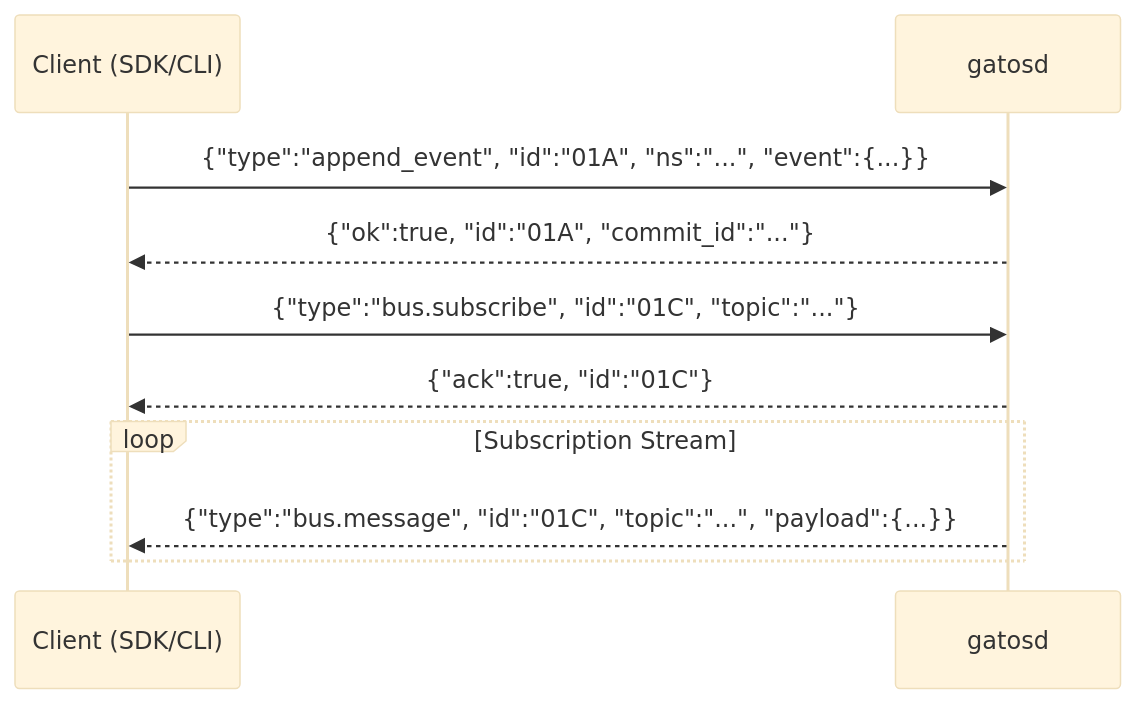
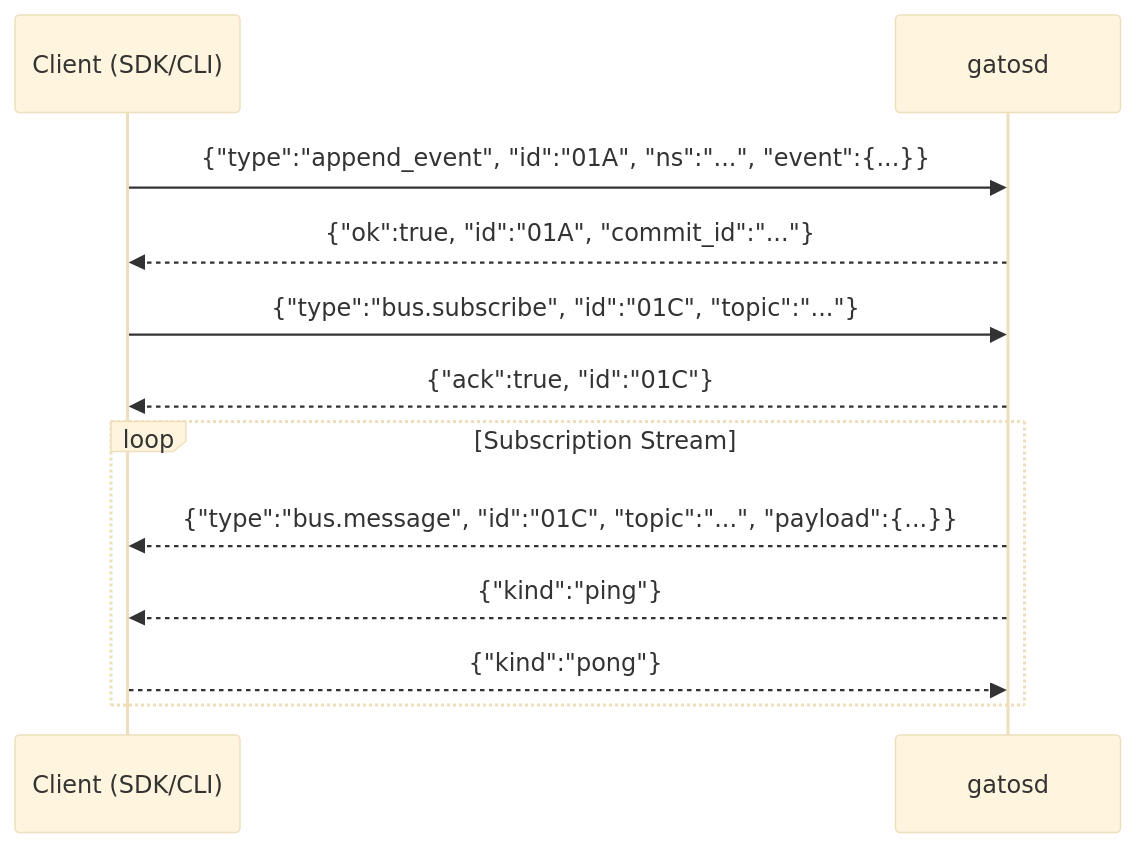
The seventh of 16 diagrams in docs/TECH-SPEC.md (flyingrobots/gatos), drawn with Mermaid (base theme) before and after one commit. The commit also changed other lines of this file and 1 other file, not shown here.

````diff
--- a/docs/TECH-SPEC.md
+++ b/docs/TECH-SPEC.md
@@ -185,14 +185,16 @@
 ```mermaid
 sequenceDiagram
     participant Client as Client (SDK/CLI)
     participant Daemon as gatosd
 
     Client->>Daemon: {"type":"append_event", "id":"01A", "ns":"...", "event":{...}}
     Daemon-->>Client: {"ok":true, "id":"01A", "commit_id":"..."}
 
     Client->>Daemon: {"type":"bus.subscribe", "id":"01C", "topic":"..."}
     Daemon-->>Client: {"ack":true, "id":"01C"}
     loop Subscription Stream
         Daemon-->>Client: {"type":"bus.message", "id":"01C", "topic":"...", "payload":{...}}
+        Daemon-->>Client: {"kind":"ping"}
+        Client-->>Daemon: {"kind":"pong"}
     end
 ```
````
